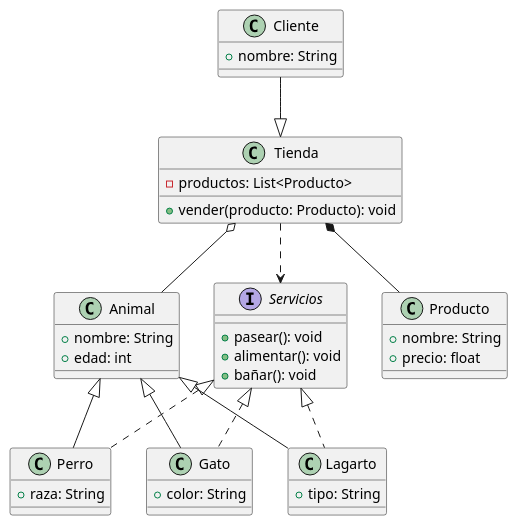
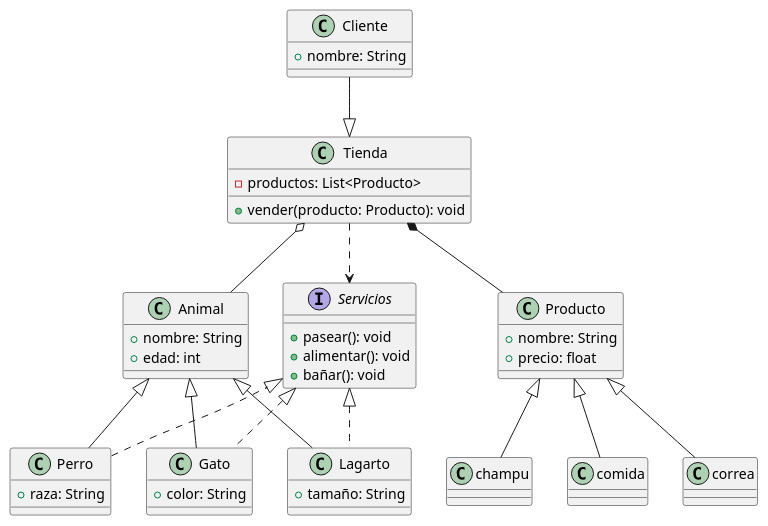
Before and after one commit to juanx199/Grupo_plantuml: the diagram in ejercicio_poo.plantuml, drawn with PlantUML.

Commit message:
Añadir productos

```diff
--- a/ejercicio_poo.plantuml
+++ b/ejercicio_poo.plantuml
@@ -1,51 +1,67 @@
 @startuml
 interface Servicios {
     + pasear(): void
     + alimentar(): void
     + bañar(): void
 }
 
-class Animal {
+
+class Animal { 
     + nombre: String
     + edad: int
 }
 
 class Perro {
     + raza: String
 }
 
 class Gato {
     + color: String
 }
 
 class Lagarto {
-    + tipo: String
+    + tamaño: String
 }
 
 class Tienda {
     - productos: List<Producto>
     + vender(producto: Producto): void
 }
 
 class Producto {
     + nombre: String
     + precio: float
 }
 
+class champu {
+    
+}
+
+class comida {
+
+}
+
+class correa {
+
+}
 class Cliente{
     + nombre: String
 }
 
 Tienda ..> Servicios
-Cliente --|> Tienda
-Tienda  *--  Producto
-Tienda o-- Animal
+Cliente --|> Tienda 
+Tienda *-- Producto 
+Tienda o-- Animal 
 Animal <|-- Perro
 Animal <|-- Gato
 Animal <|-- Lagarto
 
 Servicios <|.. Perro
 Servicios <|.. Gato
 Servicios <|.. Lagarto
 
+Producto <|-- champu
+Producto <|-- comida
+Producto <|-- correa
+
 @enduml
```
